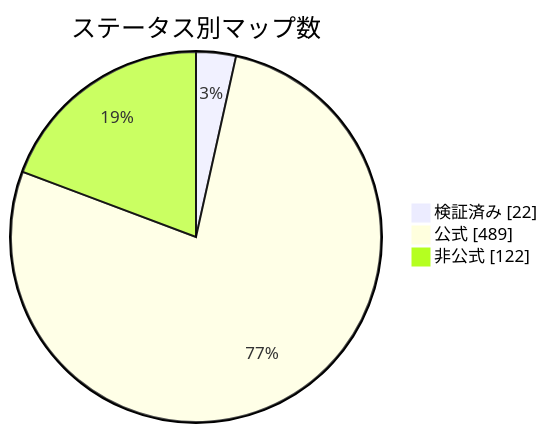
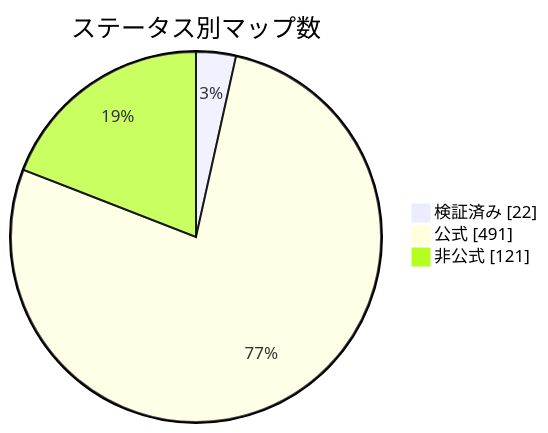
One commit to nobrega8/mbmap-library changed the diagram in docs/readme/README_JP.md. Above: the diagram before and after it, drawn with Mermaid. The commit also changed 7 other files, not shown here.

````diff
--- a/docs/readme/README_JP.md
+++ b/docs/readme/README_JP.md
@@ -54,7 +54,7 @@
 ```mermaid
 pie showData
     title ステータス別マップ数
     "検証済み" : 22
-    "公式" : 489
-    "非公式" : 122
+    "公式" : 491
+    "非公式" : 121
 ```
````
